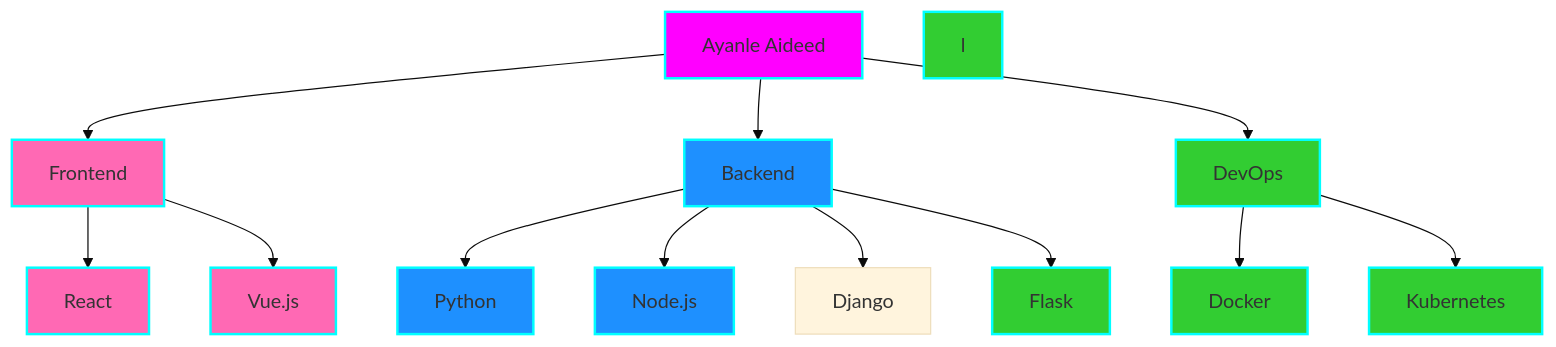
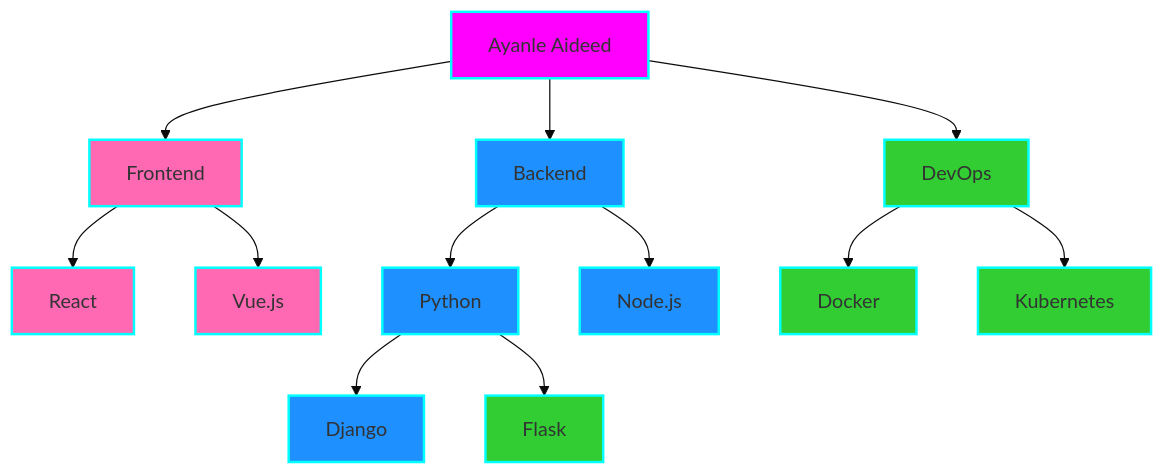
The diagram in README.md (Ayanleaideed/Ayanleaideed), drawn with Mermaid (base theme) before and after one commit.

````diff
--- a/README.md
+++ b/README.md
@@ -98,26 +98,26 @@
 ```mermaid
 graph TD
     A[Ayanle Aideed] --> B[Frontend]
     A --> C[Backend]
     A --> D[DevOps]
     B --> E[React]
     B --> F[Vue.js]
     C --> G[Python]
     C --> H[Node.js]
     D --> I[Docker]
     D --> J[Kubernetes]
-    C --> L[Django]
-    C --> M[Flask]
+    G --> L[Django]
+    G --> M[Flask]
     style A fill:#FF00FF,stroke:#00FFFF,stroke-width:2px
     style B fill:#FF69B4,stroke:#00FFFF,stroke-width:2px
     style C fill:#1E90FF,stroke:#00FFFF,stroke-width:2px
     style D fill:#32CD32,stroke:#00FFFF,stroke-width:2px
     style E fill:#FF69B4,stroke:#00FFFF,stroke-width:2px
     style F fill:#FF69B4,stroke:#00FFFF,stroke-width:2px
     style G fill:#1E90FF,stroke:#00FFFF,stroke-width:2px
     style H fill:#1E90FF,stroke:#00FFFF,stroke-width:2px
     style I fill:#32CD32,stroke:#00FFFF,stroke-width:2px
     style J fill:#32CD32,stroke:#00FFFF,stroke-width:2px
-    style l fill:#32CD32,stroke:#00FFFF,stroke-width:2px
+    style L fill:#1E90FF,stroke:#00FFFF,stroke-width:2px
     style M fill:#32CD32,stroke:#00FFFF,stroke-width:2px
 ```
````
